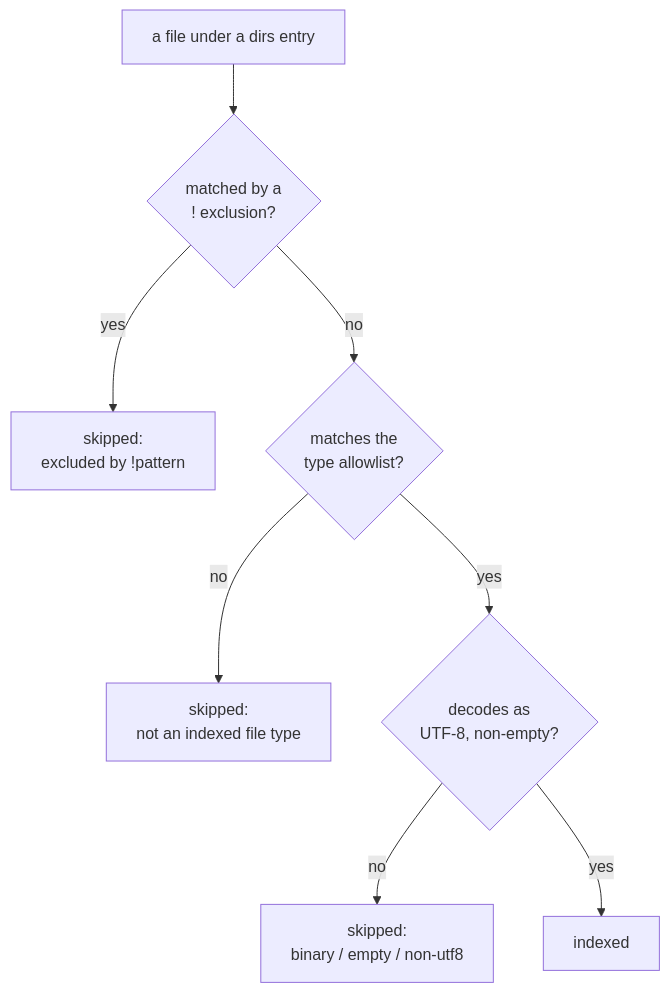
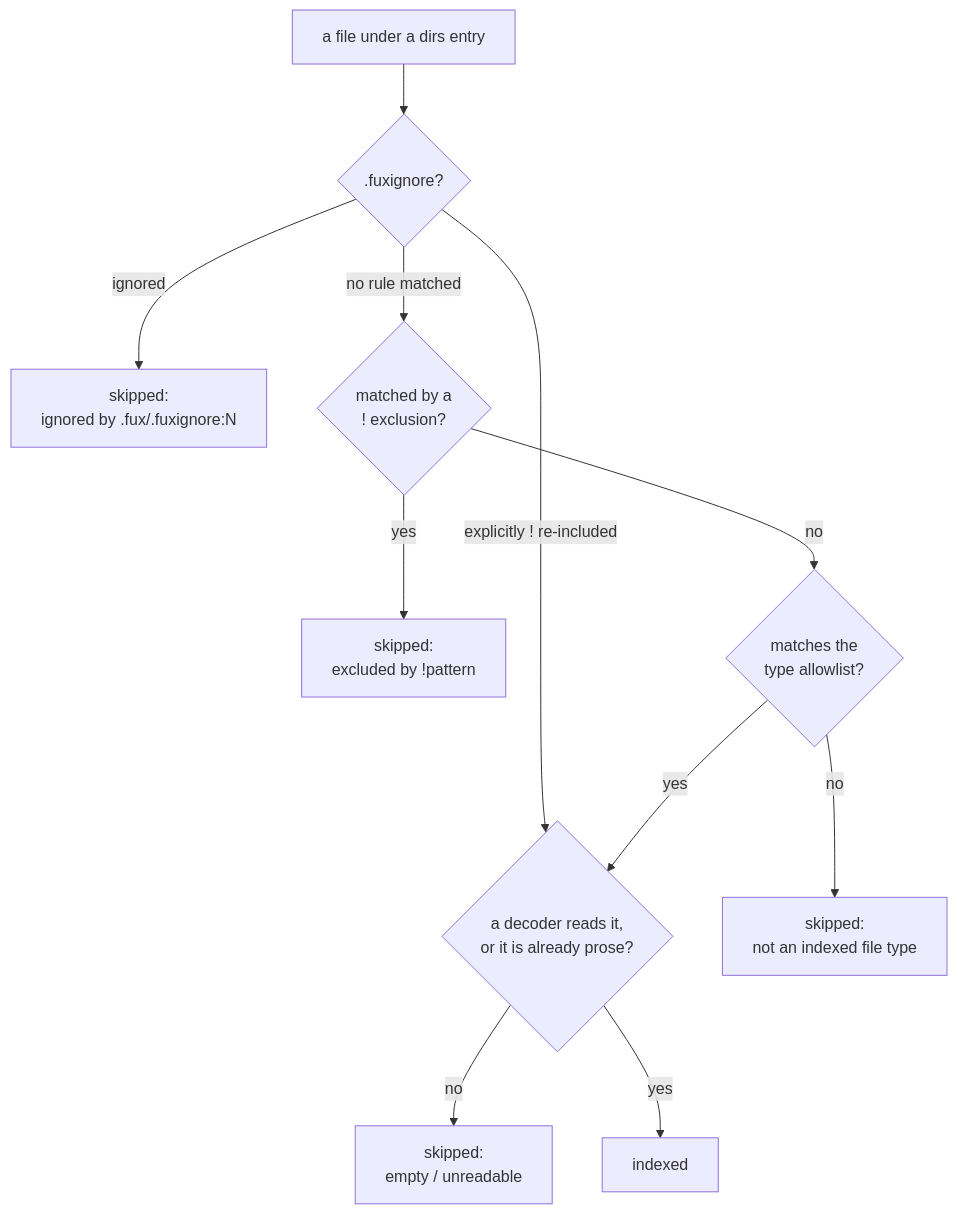
The diagram in docs/adr/0031_types-list.md (arpitarya/fux), drawn with Mermaid before and after one commit. The commit also changed other lines of this file and 442 other files, not shown here.

````diff
--- a/docs/adr/0031_types-list.md
+++ b/docs/adr/0031_types-list.md
@@ -44,10 +33,13 @@
 ```mermaid
 flowchart TD
-    F["a file under a dirs entry"] --> E{"matched by a<br/>! exclusion?"}
+    F["a file under a dirs entry"] --> G{".fuxignore?"}
+    G -->|ignored| S0["skipped:<br/>ignored by .fux/.fuxignore:N"]
+    G -->|"explicitly ! re-included"| D
+    G -->|"no rule matched"| E{"matched by a<br/>! exclusion?"}
     E -->|yes| S1["skipped:<br/>excluded by !pattern"]
     E -->|no| T{"matches the<br/>type allowlist?"}
     T -->|no| S2["skipped:<br/>not an indexed file type"]
-    T -->|yes| D{"decodes as<br/>UTF-8, non-empty?"}
-    D -->|no| S3["skipped:<br/>binary / empty / non-utf8"]
+    T -->|yes| D{"a decoder reads it,<br/>or it is already prose?"}
+    D -->|no| S3["skipped:<br/>empty / unreadable"]
     D -->|yes| I["indexed"]
 ```
````
